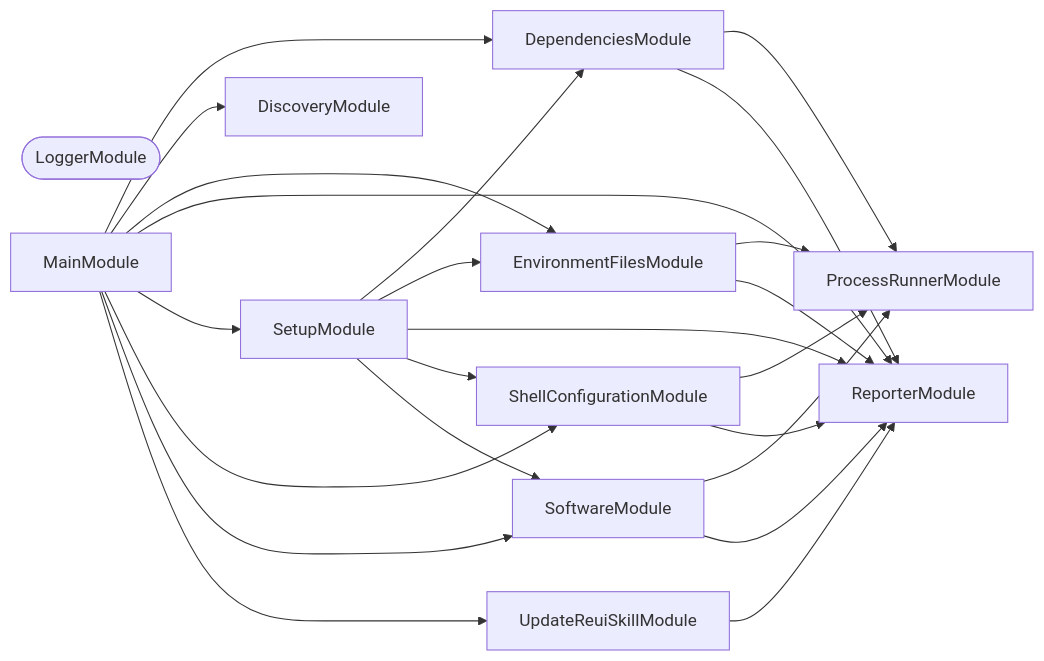
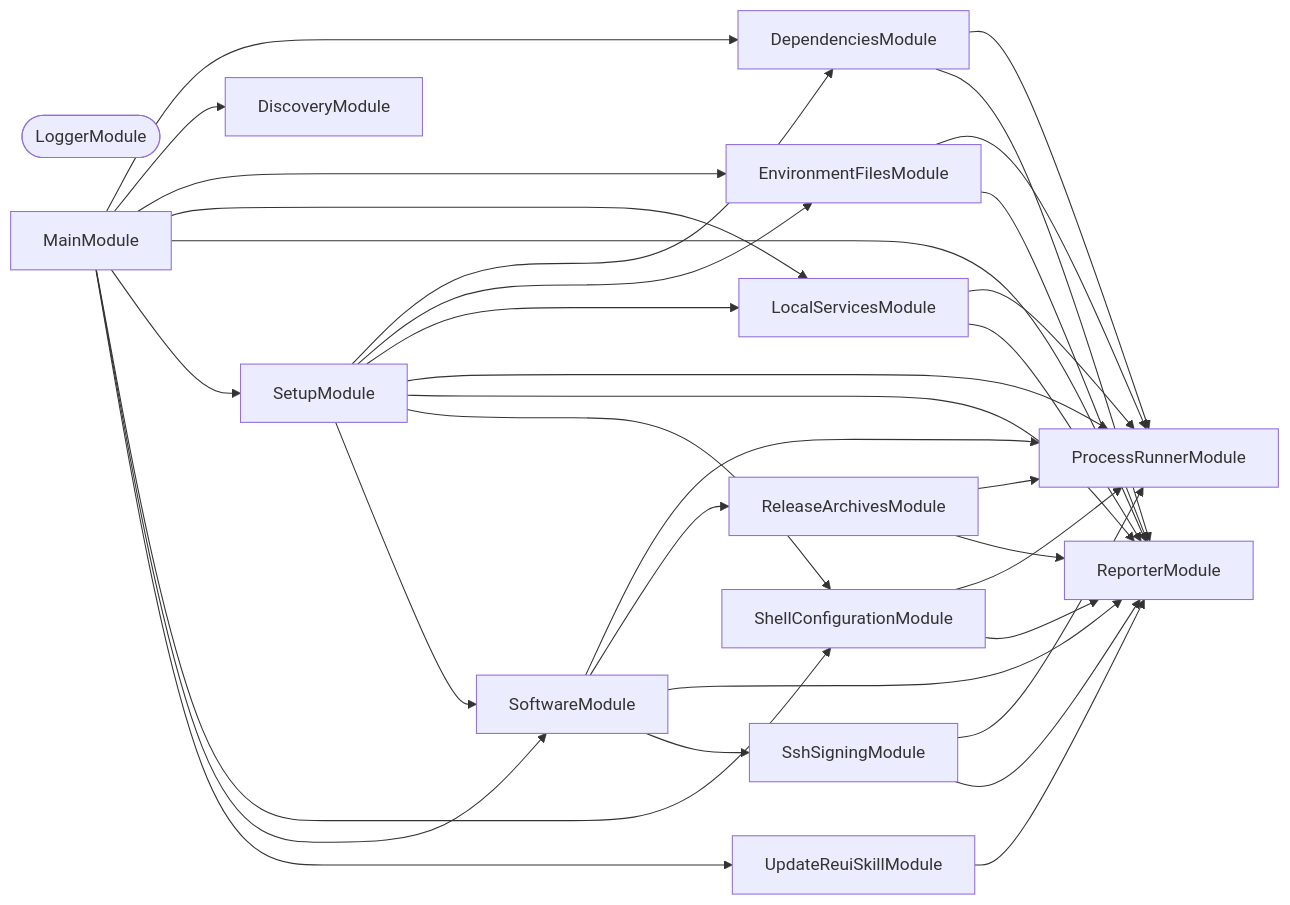
One commit to organizzolini/codebase changed the second of 3 diagrams in installation/README.md. Above: the diagram before and after it, drawn with Mermaid. The commit also changed other lines of this file and 183 other files, not shown here.

````diff
--- a/installation/README.md
+++ b/installation/README.md
@@ -252,36 +325,50 @@
 ```mermaid
 flowchart LR
   DependenciesModule
   DiscoveryModule
   EnvironmentFilesModule
+  LocalServicesModule
   LoggerModule([LoggerModule])
   MainModule
   ProcessRunnerModule
+  ReleaseArchivesModule
   ReporterModule
   SetupModule
   ShellConfigurationModule
   SoftwareModule
+  SshSigningModule
   UpdateReuiSkillModule
   DependenciesModule --> ProcessRunnerModule
   DependenciesModule --> ReporterModule
   EnvironmentFilesModule --> ProcessRunnerModule
   EnvironmentFilesModule --> ReporterModule
+  LocalServicesModule --> ProcessRunnerModule
+  LocalServicesModule --> ReporterModule
   MainModule --> DependenciesModule
   MainModule --> DiscoveryModule
   MainModule --> EnvironmentFilesModule
+  MainModule --> LocalServicesModule
   MainModule --> ReporterModule
   MainModule --> SetupModule
   MainModule --> ShellConfigurationModule
   MainModule --> SoftwareModule
   MainModule --> UpdateReuiSkillModule
+  ReleaseArchivesModule --> ProcessRunnerModule
+  ReleaseArchivesModule --> ReporterModule
   SetupModule --> DependenciesModule
   SetupModule --> EnvironmentFilesModule
+  SetupModule --> LocalServicesModule
+  SetupModule --> ProcessRunnerModule
   SetupModule --> ReporterModule
   SetupModule --> ShellConfigurationModule
   SetupModule --> SoftwareModule
   ShellConfigurationModule --> ProcessRunnerModule
   ShellConfigurationModule --> ReporterModule
   SoftwareModule --> ProcessRunnerModule
+  SoftwareModule --> ReleaseArchivesModule
   SoftwareModule --> ReporterModule
+  SoftwareModule --> SshSigningModule
+  SshSigningModule --> ProcessRunnerModule
+  SshSigningModule --> ReporterModule
   UpdateReuiSkillModule --> ReporterModule
 ```
````
